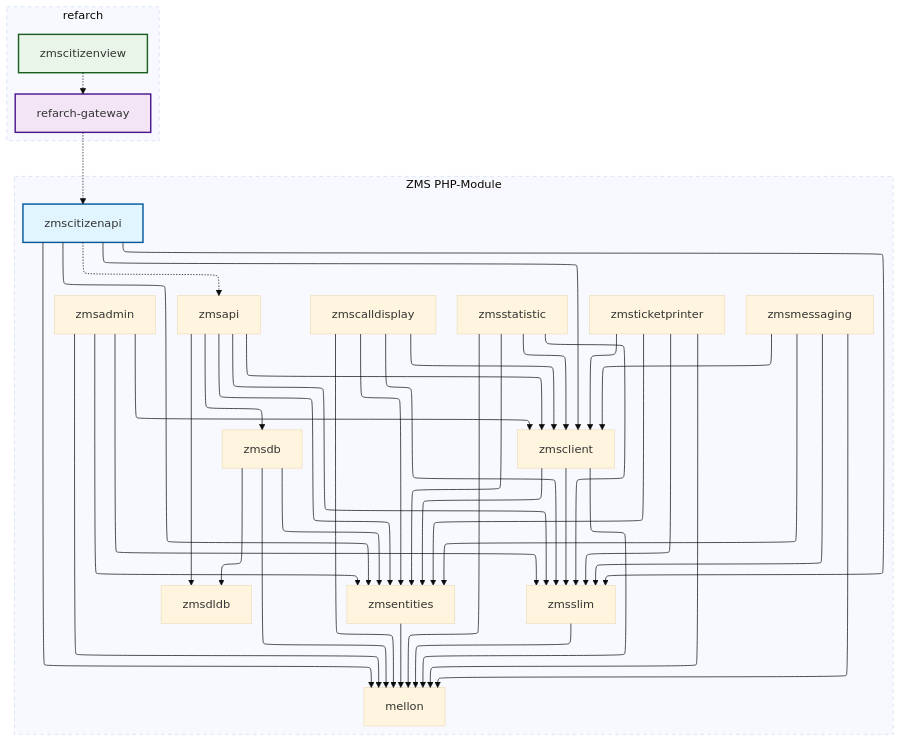
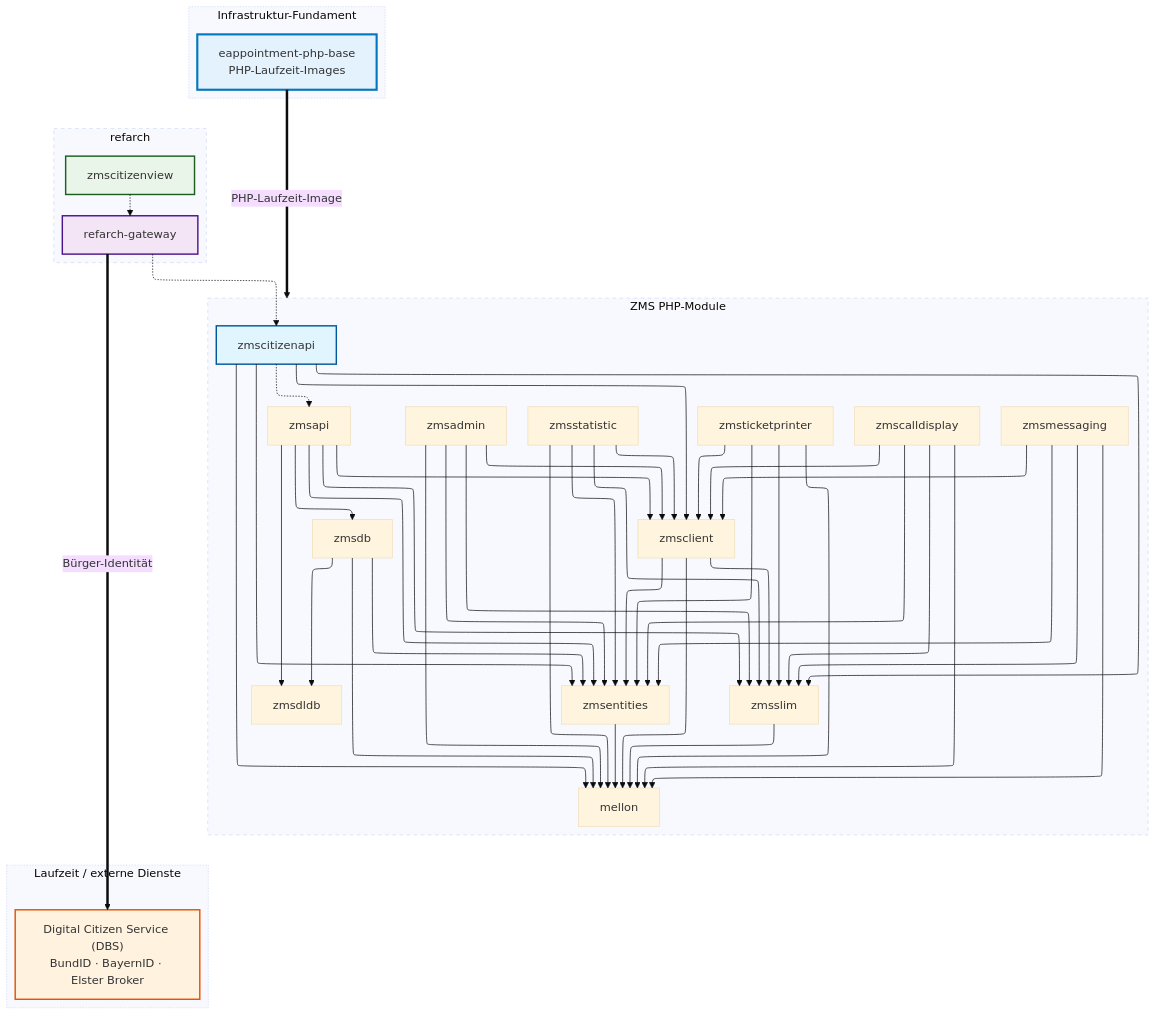
The diagram in docs/de/setup-and-development/development-rules/dependency-graph.md (it-at-m/eappointment), drawn with Mermaid (base theme) before and after one commit. The commit also changed other lines of this file and 1 other file, not shown here.

Commit message:
docs(ZMSKVR): add DBS and eappointment-php-base to dep graph
- Show Digital Citizen Service (DBS) as runtime identity broker reached
  via refarch-gateway, and eappointment-php-base as the PHP runtime
  foundation for the zms_modules subgraph
- Introduce a third edge style (thick ==) for runtime/infra deps
  alongside solid (code) and dashed (build), with an edge legend and
  a Runtime Services and Infrastructure prose section in EN and DE

````diff
--- a/docs/de/setup-and-development/development-rules/dependency-graph.md
+++ b/docs/de/setup-and-development/development-rules/dependency-graph.md
@@ -5,58 +16,74 @@
 ```mermaid
 %%{init: {"flowchart": {"defaultRenderer": "elk"}} }%%
 graph TD;
-    %% Hauptabhängigkeiten der ZMS-Module
+    %% Code-Abhängigkeiten (Composer)
     zmsapi --> zmsslim & zmsclient & zmsdldb & zmsdb & zmsentities;
     zmsadmin --> mellon & zmsclient & zmsslim & zmsentities;
     zmscalldisplay --> mellon & zmsclient & zmsentities & zmsslim;
     zmsstatistic --> mellon & zmsentities & zmsslim & zmsclient;
     zmsmessaging --> mellon & zmsclient & zmsentities & zmsslim;
     zmsticketprinter --> mellon & zmsclient & zmsentities & zmsslim;
 
     zmsdb --> zmsentities & zmsdldb & mellon;
     zmsclient --> zmsentities & zmsslim & mellon;
     zmsentities --> mellon;
     zmsslim --> mellon;
 
-    %% zmscitizenapi-Abhängigkeiten
     zmscitizenapi --> mellon & zmsslim & zmsclient & zmsentities;
 
-    %% Build-Abhängigkeiten (gestrichelt)
+    %% Build-/Integrationsabhängigkeiten (gestrichelt)
     zmscitizenapi -.-> zmsapi;
     refarch-gateway -.-> zmscitizenapi;
     zmscitizenview -.-> refarch-gateway;
 
-    %% refarch-gateway und zmscitizenview in einen Subgraph gruppieren
+    %% Laufzeit-/externe Dienste (dick)
+    refarch-gateway ==>|Bürger-Identität| dbs;
+    phpbase ==>|PHP-Laufzeit-Image| zms_modules;
+
+    %% Subgraphen
     subgraph refarch [refarch]
         style refarch stroke-dasharray: 5
         refarch-gateway
         zmscitizenview
     end
 
-    %% Übrige Module in einen gestrichelten PHP-Subgraph gruppieren
     subgraph zms_modules [ZMS PHP-Module]
         style zms_modules stroke-dasharray: 5, 5, 1, 5
         zmsapi
         zmsadmin
         zmscalldisplay
         zmsstatistic
         zmsmessaging
         zmsticketprinter
         zmsdb
         zmsclient
         zmsentities
         zmsslim
         zmsdldb
         mellon
         zmscitizenapi
     end
 
-    %% Stilisierung der drei Module
+    subgraph runtime [Laufzeit / externe Dienste]
+        style runtime stroke-dasharray: 2, 4
+        dbs["Digital Citizen Service (DBS)<br>BundID · BayernID · Elster Broker"]
+    end
+
+    subgraph foundation [Infrastruktur-Fundament]
+        style foundation stroke-dasharray: 2, 4
+        phpbase["eappointment-php-base<br>PHP-Laufzeit-Images"]
+    end
+
+    %% Stilisierung
     classDef citizenapi fill:#e1f5fe,stroke:#01579b,stroke-width:2px;
     classDef gateway fill:#f3e5f5,stroke:#4a148c,stroke-width:2px;
     classDef citizenview fill:#e8f5e8,stroke:#1b5e20,stroke-width:2px;
+    classDef runtimeSvc fill:#fff3e0,stroke:#e65100,stroke-width:2px;
+    classDef infra fill:#e3f2fd,stroke:#0277bd,stroke-width:3px;
 
     class zmscitizenapi citizenapi;
     class refarch-gateway gateway;
     class zmscitizenview citizenview;
+    class dbs runtimeSvc;
+    class phpbase infra;
 ```
````
